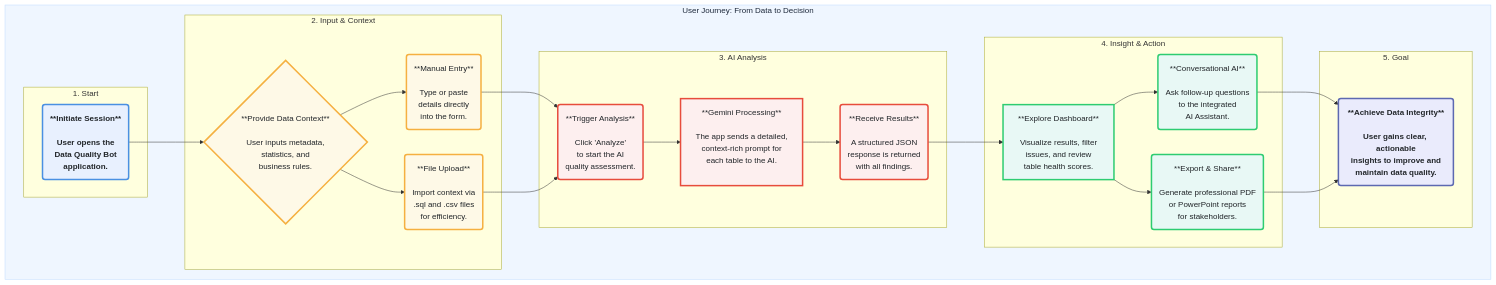
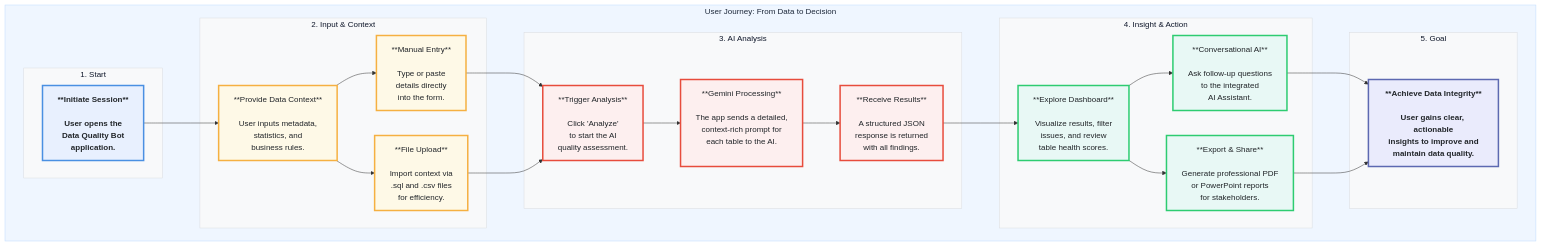
The second of 2 diagrams in README.md (chtsalvishal/DQ_Gen_AI_Bot), drawn with Mermaid before and after one commit.

Commit message:
docs: Update Mermaid diagram syntax
Adjusted Mermaid diagram syntax in README.md to correctly render node labels and connections.

````diff
--- a/README.md
+++ b/README.md
@@ -92,50 +92,55 @@
 ```mermaid
 %%{init: { 'themeVariables': { 'fontSize': '36px', 'fontFamily': '"Segoe UI", Arial, sans-serif' } }}%%
 graph LR
     subgraph user_journey [User Journey: From Data to Decision]
         direction LR
 
         subgraph sg1 [1. Start]
-            A("**Initiate Session**<br><br>User opens the<br>Data Quality Bot<br>application.<br>"):::startNode
+            A["**Initiate Session**<br><br>User opens the<br>Data Quality Bot<br>application.<br>"]:::startNode
         end
 
         subgraph sg2 [2. Input & Context]
-            B{"**Provide Data Context**<br><br>User inputs metadata,<br>statistics, and<br>business rules.<br>"}:::inputNode
-            B --> B1("**Manual Entry**<br><br>Type or paste<br>details directly<br>into the form.<br>"):::inputNode
-            B --> B2("**File Upload**<br><br>Import context via<br>.sql and .csv files<br>for efficiency.<br>"):::inputNode
+            B["**Provide Data Context**<br><br>User inputs metadata,<br>statistics, and<br>business rules.<br>"]:::inputNode
+            B --> B1["**Manual Entry**<br><br>Type or paste<br>details directly<br>into the form.<br>"]:::inputNode
+            B --> B2["**File Upload**<br><br>Import context via<br>.sql and .csv files<br>for efficiency.<br>"]:::inputNode
         end
         
         subgraph sg3 [3. AI Analysis]
-            C("**Trigger Analysis**<br><br>Click 'Analyze'<br>to start the AI<br>quality assessment.<br>"):::analysisNode
+            C["**Trigger Analysis**<br><br>Click 'Analyze'<br>to start the AI<br>quality assessment.<br>"]:::analysisNode
             D["**Gemini Processing**<br><br>The app sends a detailed,<br>context-rich prompt for<br>each table to the AI.<br><br>"]:::analysisNode
-            E("**Receive Results**<br><br>A structured JSON<br>response is returned<br>with all findings.<br>"):::analysisNode
+            E["**Receive Results**<br><br>A structured JSON<br>response is returned<br>with all findings.<br>"]:::analysisNode
         end
 
         subgraph sg4 [4. Insight & Action]
             F["**Explore Dashboard**<br><br>Visualize results, filter<br>issues, and review<br>table health scores.<br>"]:::insightNode
-            G("**Conversational AI**<br><br>Ask follow-up questions<br>to the integrated<br>AI Assistant.<br>"):::insightNode
-            H("**Export & Share**<br><br>Generate professional PDF<br>or PowerPoint reports<br>for stakeholders.<br>"):::insightNode
+            G["**Conversational AI**<br><br>Ask follow-up questions<br>to the integrated<br>AI Assistant.<br>"]:::insightNode
+            H["**Export & Share**<br><br>Generate professional PDF<br>or PowerPoint reports<br>for stakeholders.<br>"]:::insightNode
         end
         
         subgraph sg5 [5. Goal]
-           J("**Achieve Data Integrity**<br><br>User gains clear, actionable<br>insights to improve and<br>maintain data quality.<br>"):::goalNode
+           J["**Achieve Data Integrity**<br><br>User gains clear, actionable<br>insights to improve and<br>maintain data quality.<br>"]:::goalNode
         end
     end
 
     A --> B
     B1 --> C
     B2 --> C
     C --> D --> E
     E --> F
     F --> G & H
     G --> J
     H --> J
     
     style user_journey fill:#EFF6FF,stroke:#BFDBFE,color:#1e293b
-    
+    style sg1 fill:#F8F9FA,stroke:#DADCE0,color:#0f172a
+    style sg2 fill:#F8F9FA,stroke:#DADCE0,color:#0f172a
+    style sg3 fill:#F8F9FA,stroke:#DADCE0,color:#0f172a
+    style sg4 fill:#F8F9FA,stroke:#DADCE0,color:#0f172a
+    style sg5 fill:#F8F9FA,stroke:#DADCE0,color:#0f172a
+
     classDef startNode fill:#E8F0FE,stroke:#4A90E2,stroke-width:3px,color:#212529,font-weight:bold
     classDef inputNode fill:#FEF9E7,stroke:#F5B041,stroke-width:3px,color:#212529
     classDef analysisNode fill:#FDEFEF,stroke:#E74C3C,stroke-width:3px,color:#212529
     classDef insightNode fill:#E8F8F5,stroke:#2ECC71,stroke-width:3px,color:#212529
     classDef goalNode fill:#EAEBFC,stroke:#5D69B1,stroke-width:3px,color:#212529,font-weight:bold
 ```
````
